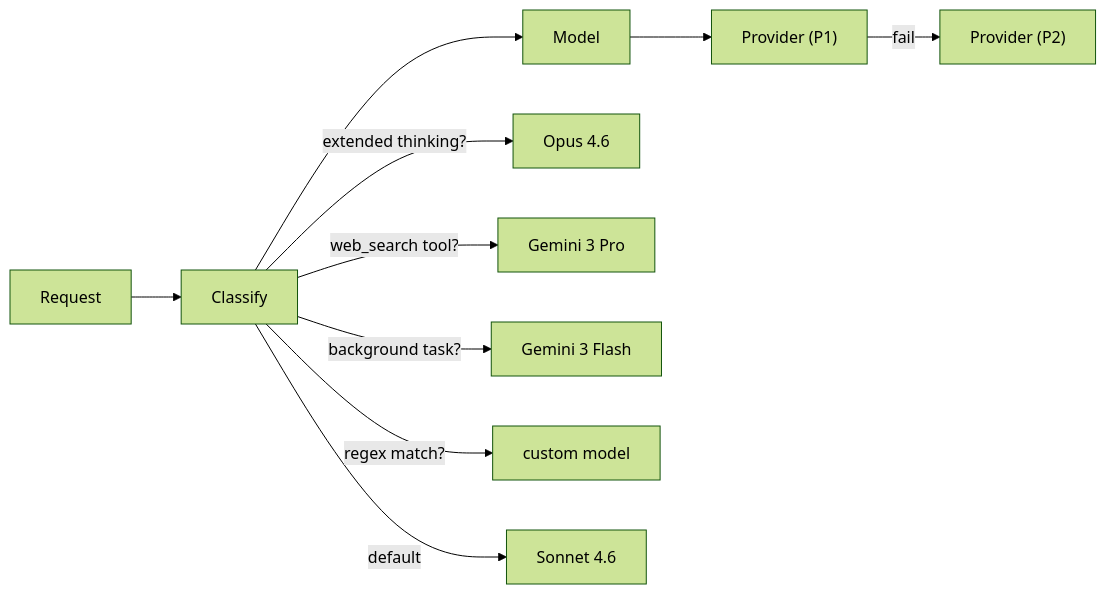
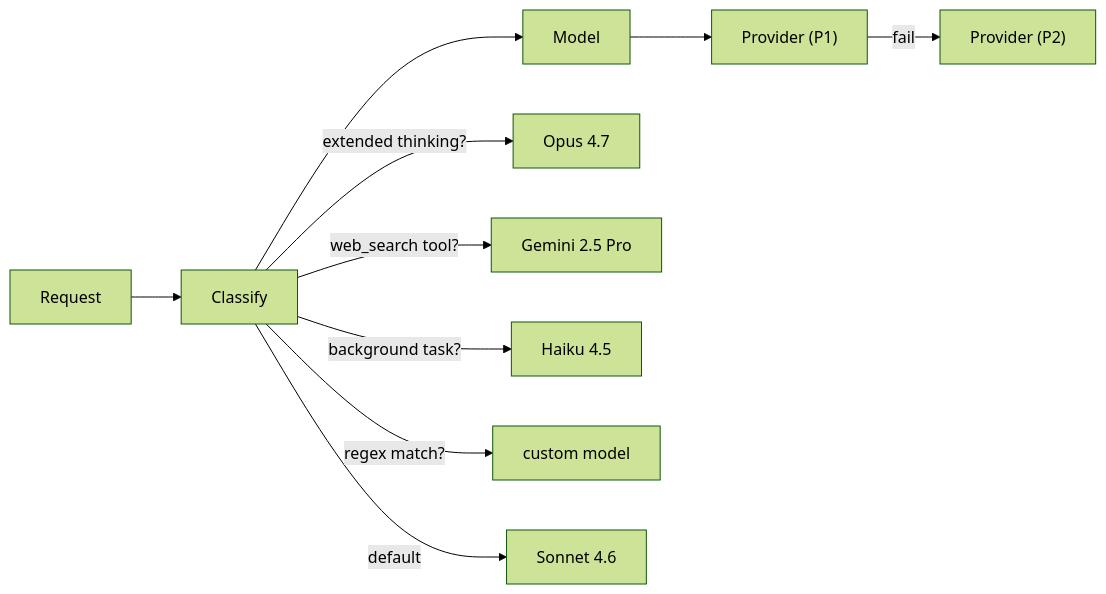
Before and after one commit to azerozero/grob: the second of 2 diagrams in README.md, drawn with Mermaid (forest theme). The commit also changed other lines of this file and 10 other files, not shown here.

````diff
--- a/README.md
+++ b/README.md
@@ -126,11 +126,11 @@
 ```mermaid
 flowchart LR
     R[Request] --> CL[Classify]
     CL --> M[Model] --> P1["Provider (P1)"]
     P1 -->|fail| P2["Provider (P2)"]
-    CL -->|extended thinking?| O[Opus 4.6]
-    CL -->|web_search tool?| GP[Gemini 3 Pro]
-    CL -->|background task?| GF[Gemini 3 Flash]
+    CL -->|extended thinking?| O[Opus 4.7]
+    CL -->|web_search tool?| GP[Gemini 2.5 Pro]
+    CL -->|background task?| GF[Haiku 4.5]
     CL -->|regex match?| CM[custom model]
     CL -->|default| S[Sonnet 4.6]
 ```
````
